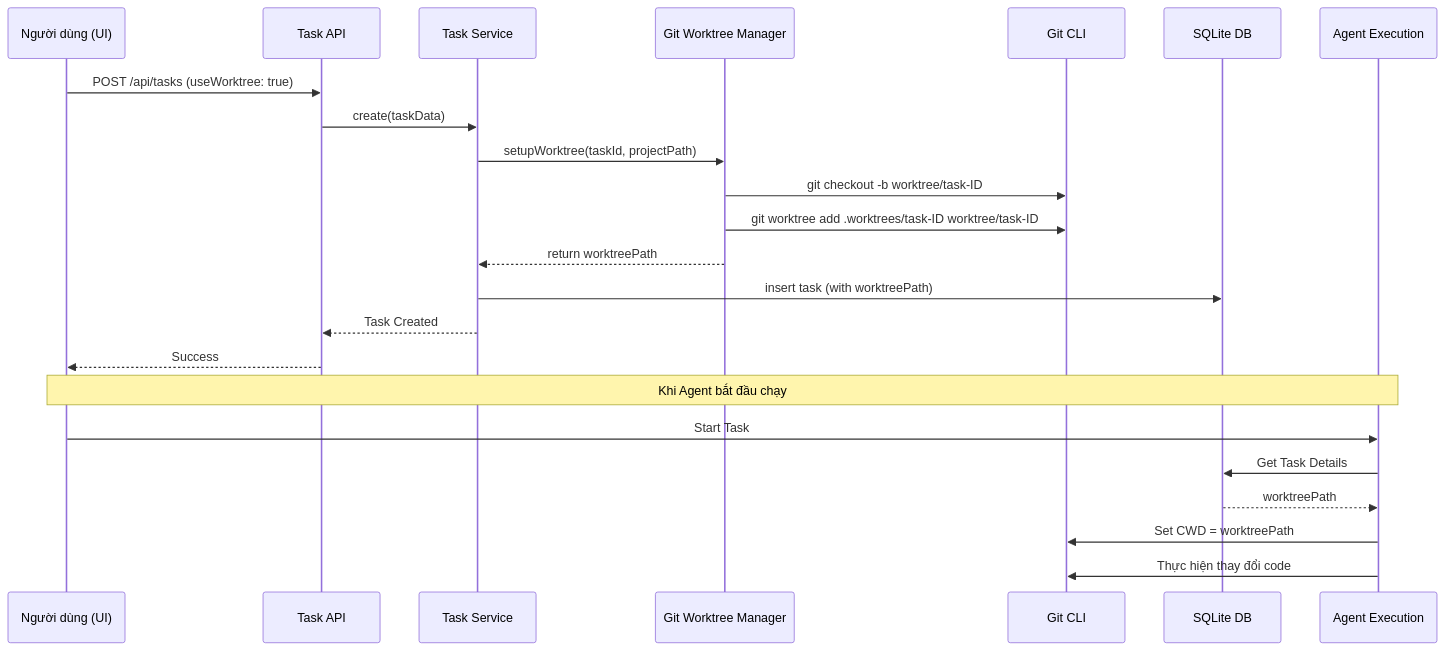
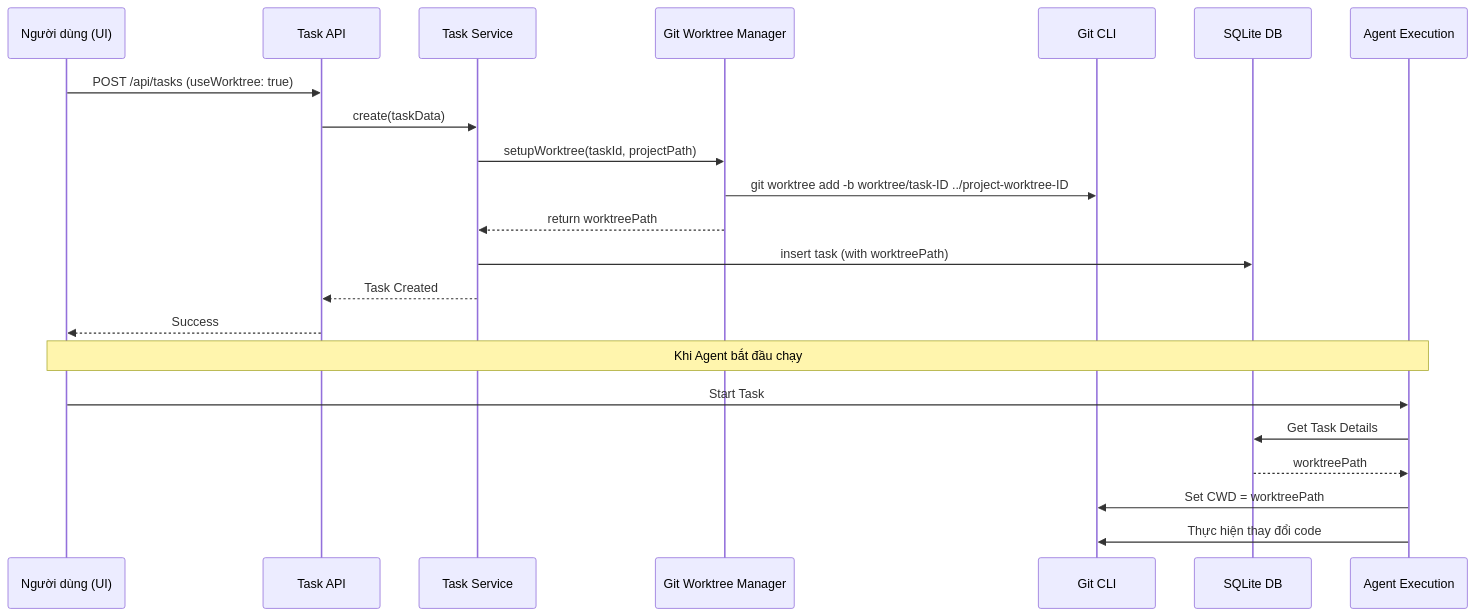
One commit to nguyenngocviet191/claude-ws changed the diagram in docs/plan/git-worktree-manager.md. Above: the diagram before and after it, drawn with Mermaid. The commit also changed other lines of this file and 12 other files, not shown here.

````diff
--- a/docs/plan/git-worktree-manager.md
+++ b/docs/plan/git-worktree-manager.md
@@ -7,27 +7,26 @@
 ```mermaid
 sequenceDiagram
     participant User as Người dùng (UI)
     participant API as Task API
     participant SVC as Task Service
     participant GWM as Git Worktree Manager
     participant Git as Git CLI
     participant DB as SQLite DB
     participant Agent as Agent Execution
 
     User->>API: POST /api/tasks (useWorktree: true)
     API->>SVC: create(taskData)
     SVC->>GWM: setupWorktree(taskId, projectPath)
-    GWM->>Git: git checkout -b worktree/task-ID
-    GWM->>Git: git worktree add .worktrees/task-ID worktree/task-ID
+    GWM->>Git: git worktree add -b worktree/task-ID ../project-worktree-ID
     GWM-->>SVC: return worktreePath
     SVC->>DB: insert task (with worktreePath)
     SVC-->>API: Task Created
     API-->>User: Success
 
     Note over User, Agent: Khi Agent bắt đầu chạy
     User->>Agent: Start Task
     Agent->>DB: Get Task Details
     DB-->>Agent: worktreePath
     Agent->>Git: Set CWD = worktreePath
     Agent->>Git: Thực hiện thay đổi code
 ```
````
